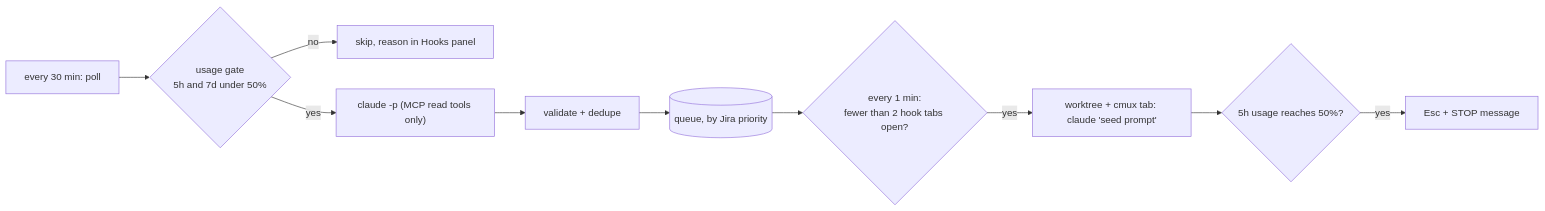
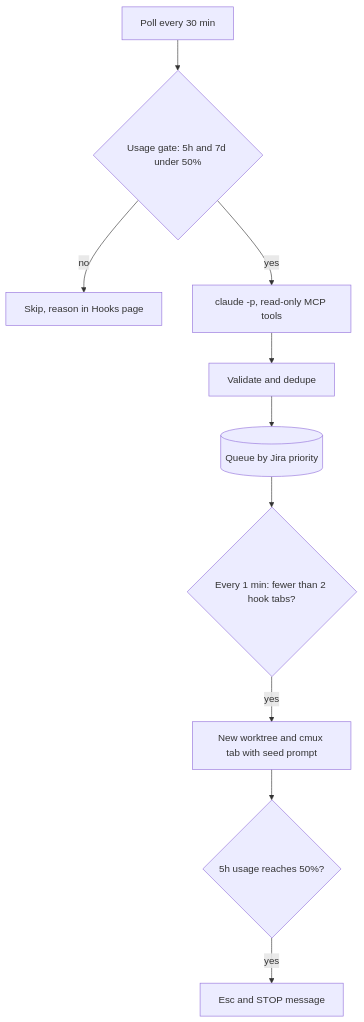
The third of 3 diagrams in README.md (snj-adhikari/agent-dashboard), drawn with Mermaid before and after one commit. The commit also changed other lines of this file and 3 other files, not shown here.

````diff
--- a/README.md
+++ b/README.md
@@ -204,12 +259,12 @@
 ```mermaid
-flowchart LR
-  P[every 30 min: poll] --> G{usage gate<br/>5h and 7d under 50%}
-  G -- no --> X[skip, reason in Hooks panel]
-  G -- yes --> C["claude -p (MCP read tools only)"]
-  C --> V[validate + dedupe]
-  V --> Q[(queue, by Jira priority)]
-  Q --> D{every 1 min:<br/>fewer than 2 hook tabs open?}
-  D -- yes --> W["worktree + cmux tab: claude 'seed prompt'"]
-  W --> H{5h usage reaches 50%?}
-  H -- yes --> S[Esc + STOP message]
+flowchart TD
+  P[Poll every 30 min] --> G{"Usage gate: 5h and 7d under 50%"}
+  G -->|no| X[Skip, reason in Hooks page]
+  G -->|yes| C["claude -p, read-only MCP tools"]
+  C --> V[Validate and dedupe]
+  V --> Q[(Queue by Jira priority)]
+  Q --> D{"Every 1 min: fewer than 2 hook tabs?"}
+  D -->|yes| W["New worktree and cmux tab with seed prompt"]
+  W --> H{"5h usage reaches 50%?"}
+  H -->|yes| S[Esc and STOP message]
 ```
````
